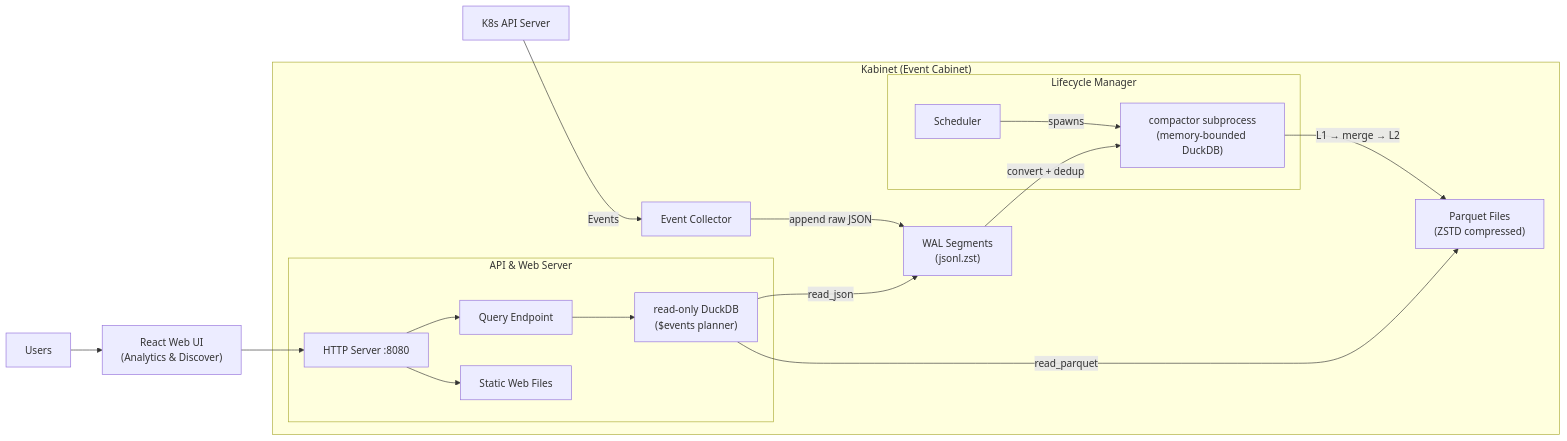
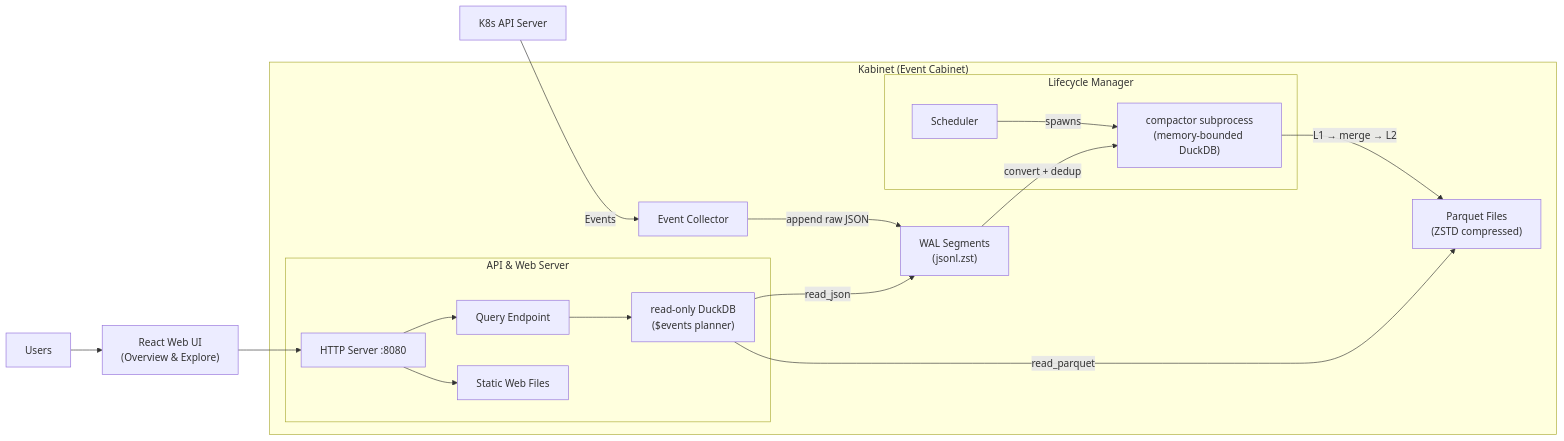
One commit to iwanhae/kabinet changed the diagram in README.md. Above: the diagram before and after it, drawn with Mermaid. The commit also changed other lines of this file and 3 other files, not shown here.

````diff
--- a/README.md
+++ b/README.md
@@ -54,25 +55,25 @@
 ```mermaid
 graph LR
     A["K8s API Server"] -- "Events" --> B["Event Collector"]
 
     subgraph "Kabinet (Event Cabinet)"
         B --"append raw JSON"--> C["WAL Segments<br/>(jsonl.zst)"]
 
         subgraph "Lifecycle Manager"
             D["Scheduler"] --"spawns"--> E["compactor subprocess<br/>(memory-bounded DuckDB)"]
         end
         C --"convert + dedup"--> E
         E --"L1 → merge → L2"--> F["Parquet Files<br/>(ZSTD compressed)"]
 
         subgraph "API & Web Server"
             H["HTTP Server :8080"] --> I["Query Endpoint"]
             H --> J["Static Web Files"]
             I --> K["read-only DuckDB<br/>($events planner)"]
         end
         K --"read_json"--> C
         K --"read_parquet"--> F
     end
 
-    L["Users"] --> M["React Web UI<br/>(Analytics & Discover)"]
+    L["Users"] --> M["React Web UI<br/>(Overview & Explore)"]
     M --> H
 ```
````
